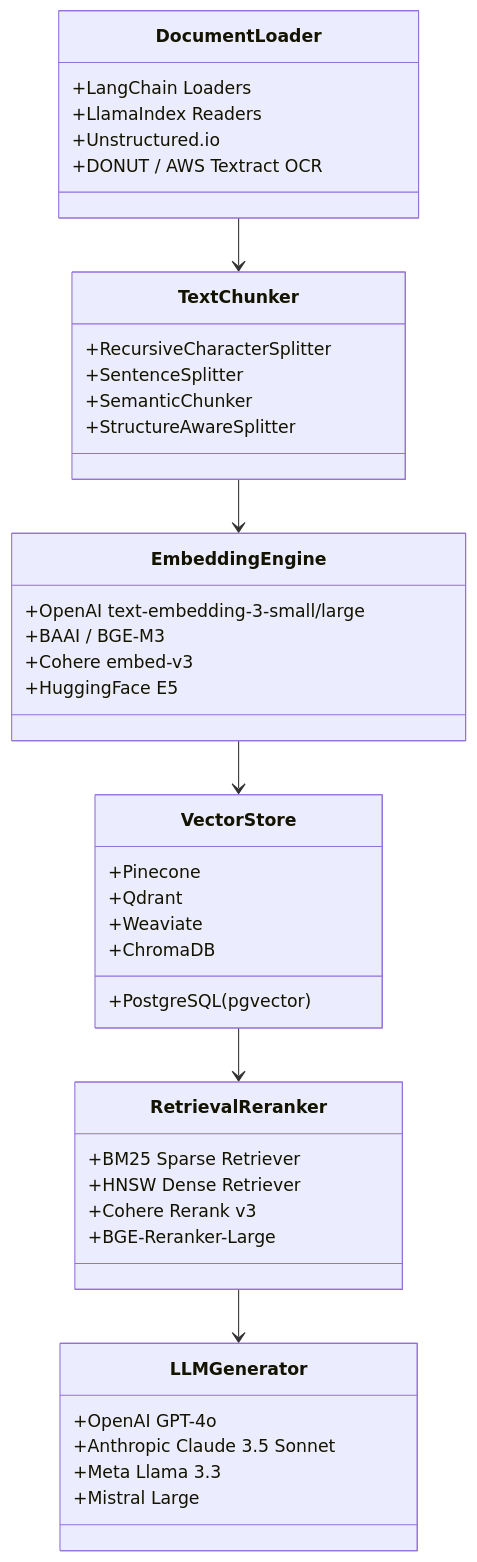
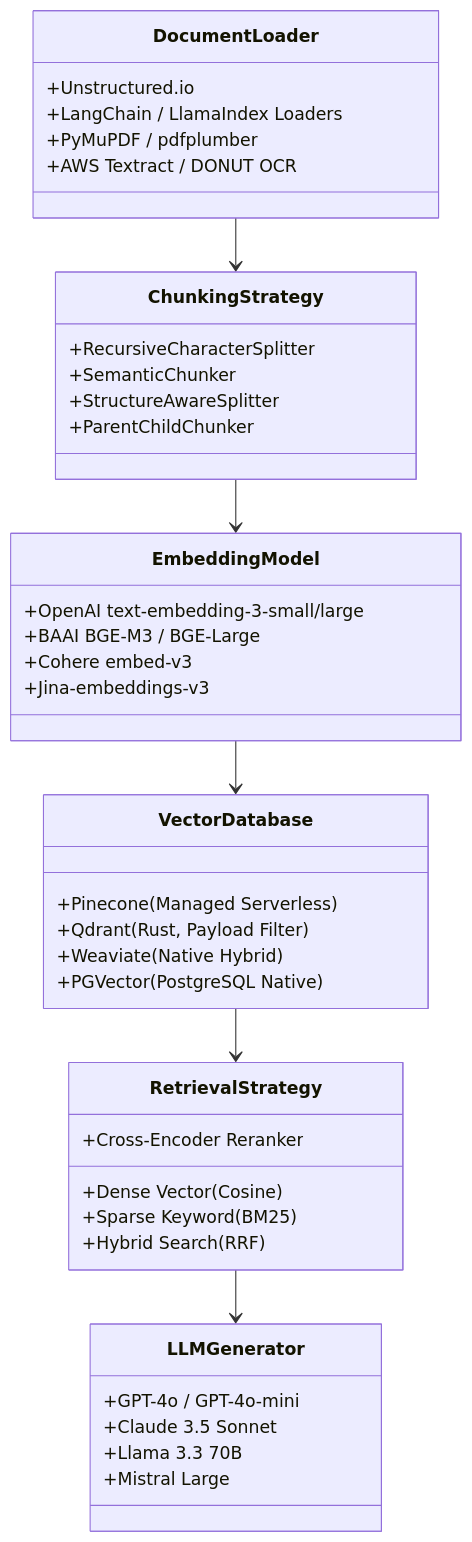
The third of 31 diagrams in RAG/01_RAG_30_Questions.md (Nishant8826/theory-leaning), drawn with Mermaid before and after one commit. The commit also changed other lines of this file and 2 other files, not shown here.

````diff
--- a/RAG/01_RAG_30_Questions.md
+++ b/RAG/01_RAG_30_Questions.md
@@ -224,46 +215,45 @@
 ```mermaid
 classDiagram
     class DocumentLoader {
-        +LangChain Loaders
-        +LlamaIndex Readers
         +Unstructured.io
-        +DONUT / AWS Textract OCR
+        +LangChain / LlamaIndex Loaders
+        +PyMuPDF / pdfplumber
+        +AWS Textract / DONUT OCR
     }
-    class TextChunker {
+    class ChunkingStrategy {
         +RecursiveCharacterSplitter
-        +SentenceSplitter
         +SemanticChunker
         +StructureAwareSplitter
+        +ParentChildChunker
     }
-    class EmbeddingEngine {
+    class EmbeddingModel {
         +OpenAI text-embedding-3-small/large
-        +BAAI / BGE-M3
+        +BAAI BGE-M3 / BGE-Large
         +Cohere embed-v3
-        +HuggingFace E5
+        +Jina-embeddings-v3
     }
-    class VectorStore {
-        +Pinecone
-        +Qdrant
-        +Weaviate
-        +ChromaDB
-        +PostgreSQL (pgvector)
+    class VectorDatabase {
+        +Pinecone (Managed Serverless)
+        +Qdrant (Rust, Payload Filter)
+        +Weaviate (Native Hybrid)
+        +PGVector (PostgreSQL Native)
     }
-    class RetrievalReranker {
-        +BM25 Sparse Retriever
-        +HNSW Dense Retriever
-        +Cohere Rerank v3
-        +BGE-Reranker-Large
+    class RetrievalStrategy {
+        +Dense Vector (Cosine)
+        +Sparse Keyword (BM25)
+        +Hybrid Search (RRF)
+        +Cross-Encoder Reranker
     }
     class LLMGenerator {
-        +OpenAI GPT-4o
-        +Anthropic Claude 3.5 Sonnet
-        +Meta Llama 3.3
+        +GPT-4o / GPT-4o-mini
+        +Claude 3.5 Sonnet
+        +Llama 3.3 70B
         +Mistral Large
     }
 
-    DocumentLoader --> TextChunker
-    TextChunker --> EmbeddingEngine
-    EmbeddingEngine --> VectorStore
-    VectorStore --> RetrievalReranker
-    RetrievalReranker --> LLMGenerator
+    DocumentLoader --> ChunkingStrategy
+    ChunkingStrategy --> EmbeddingModel
+    EmbeddingModel --> VectorDatabase
+    VectorDatabase --> RetrievalStrategy
+    RetrievalStrategy --> LLMGenerator
 ```
````
